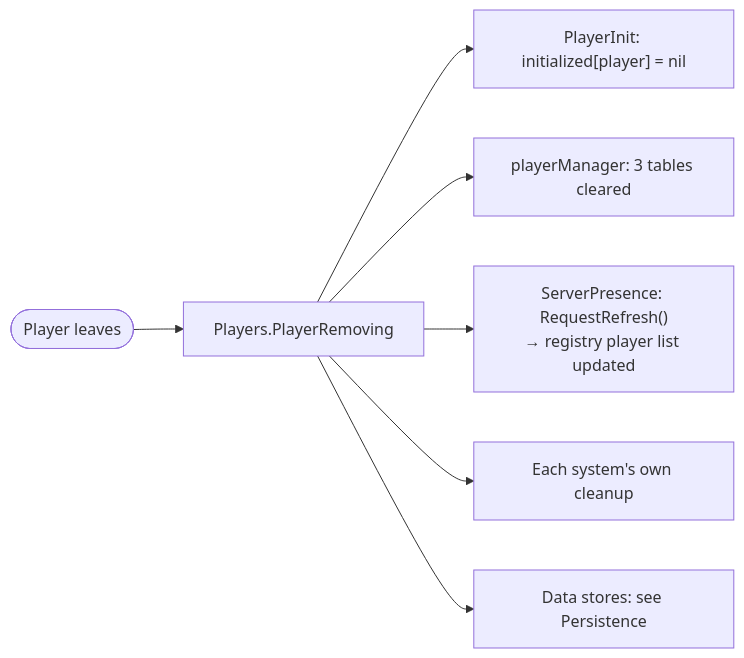
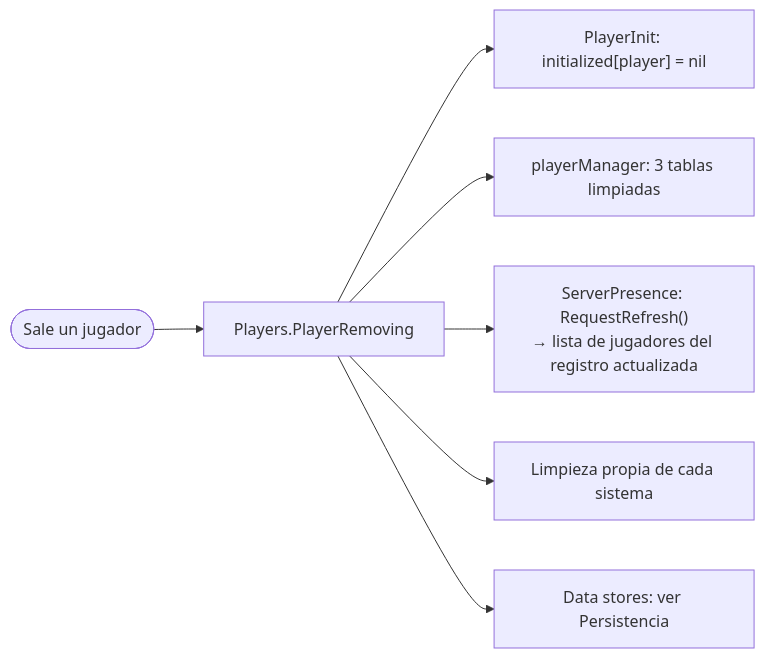
One commit to Arclyne/voz-hispana changed the fourth of 4 diagrams in docs/architecture/player-lifecycle.md. Above: the diagram before and after it, drawn with Mermaid. The commit also changed other lines of this file and 8 other files, not shown here.

````diff
--- a/docs/architecture/player-lifecycle.md
+++ b/docs/architecture/player-lifecycle.md
@@ -195,9 +197,9 @@
 ```mermaid
 flowchart LR
-    L(["Player leaves"]) --> PR["Players.PlayerRemoving"]
+    L(["Sale un jugador"]) --> PR["Players.PlayerRemoving"]
     PR --> A["PlayerInit: initialized[player] = nil"]
-    PR --> B["playerManager: 3 tables cleared"]
-    PR --> C["ServerPresence: RequestRefresh()<br/>→ registry player list updated"]
-    PR --> D["Each system's own cleanup"]
-    PR --> E["Data stores: see Persistence"]
+    PR --> B["playerManager: 3 tablas limpiadas"]
+    PR --> C["ServerPresence: RequestRefresh()<br/>→ lista de jugadores del registro actualizada"]
+    PR --> D["Limpieza propia de cada sistema"]
+    PR --> E["Data stores: ver Persistencia"]
 ```
````
